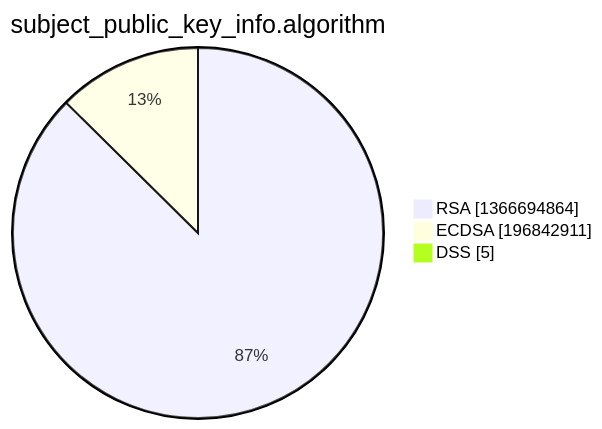
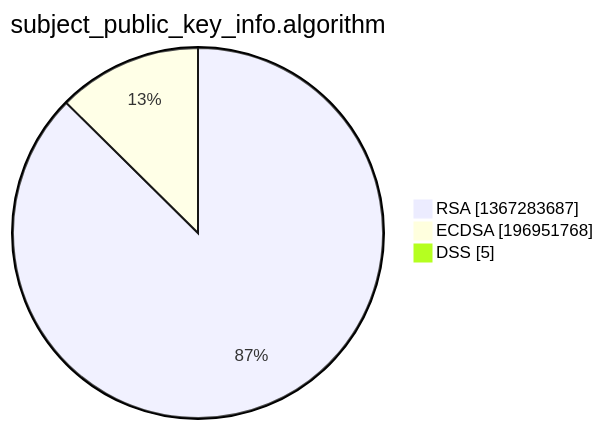
One commit to christiankrug/ctmonitor_visualization changed the third of 15 diagrams in xenon2022/README.md. Above: the diagram before and after it, drawn with Mermaid. The commit also changed other lines of this file, not shown here.

````diff
--- a/xenon2022/README.md
+++ b/xenon2022/README.md
@@ -14,7 +14,7 @@
 ```mermaid
 pie showData
 title subject_public_key_info.algorithm
-"RSA" :1366694864
-"ECDSA" :196842911
+"RSA" :1367283687
+"ECDSA" :196951768
 "DSS" :5
 ```
````
